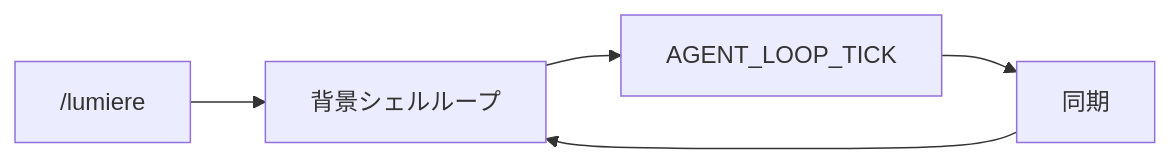
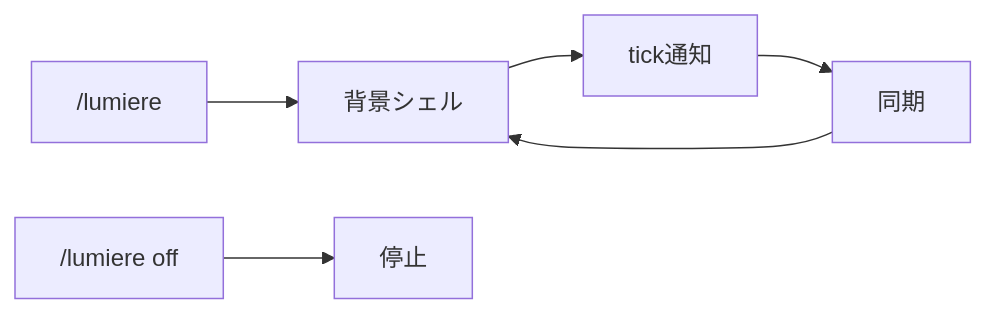
The second of 2 diagrams in CLAUDE.md (ac-nakamura-y/activecore), drawn with Mermaid before and after one commit. The commit also changed other lines of this file and 1 other file, not shown here.

First line of the commit message:
Polish Lumiere docs: dedupe sections and tighten command steps.

````diff
--- a/CLAUDE.md
+++ b/CLAUDE.md
@@ -99,7 +94,8 @@
 ```mermaid
 flowchart LR
-  enable["/lumiere"] --> loop["背景シェルループ"]
-  loop --> tick["AGENT_LOOP_TICK"]
-  tick --> sync[同期]
+  enable["/lumiere"] --> loop["背景シェル"]
+  loop --> tick["tick通知"]
+  tick --> sync["同期"]
   sync --> loop
+  disable["/lumiere off"] --> stop["停止"]
 ```
````
